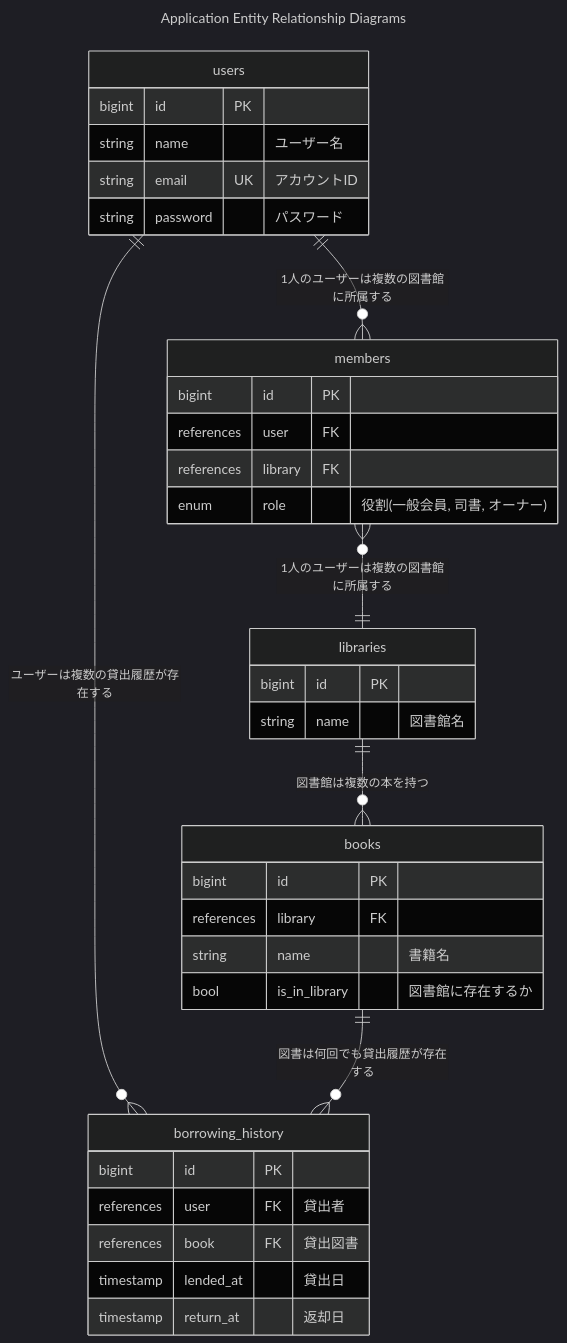
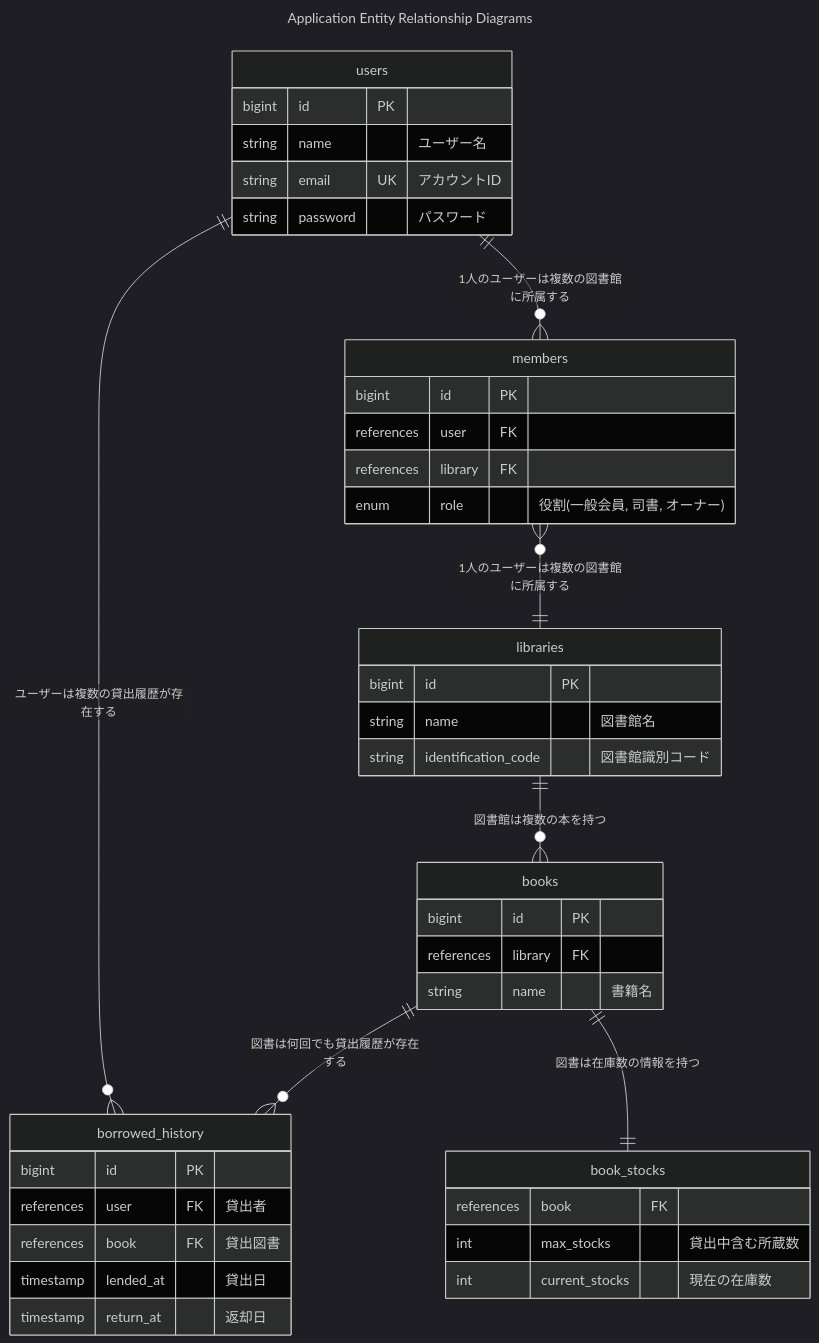
The diagram in .Documents/ER_diagram.md (RyutaKojima/personal-library-app), drawn with Mermaid (dark theme) before and after one commit. The commit also changed 9 other files, not shown here.

````diff
--- a/.Documents/ER_diagram.md
+++ b/.Documents/ER_diagram.md
@@ -3,46 +3,54 @@
 ```mermaid
 ---
 title: Application Entity Relationship Diagrams
 ---
 erDiagram
     users {
         bigint id PK
         string name "ユーザー名"
         string email UK "アカウントID"
         string password "パスワード"
     }
 
     members {
         bigint id PK
         references user FK
         references library FK
         enum role "役割(一般会員, 司書, オーナー)"
     }
 
     libraries {
         bigint id PK
         string name "図書館名"
+        string identification_code "図書館識別コード"
     }
 
     books {
         bigint id PK
         references library FK
         string name "書籍名"
-        bool is_in_library "図書館に存在するか"
     }
 
-    borrowing_history {
+
+    book_stocks {
+        references book FK
+        int max_stocks "貸出中含む所蔵数"
+        int current_stocks "現在の在庫数"
+    }
+
+    borrowed_history {
         bigint id PK
         references user FK "貸出者"
         references book FK "貸出図書"
         timestamp lended_at "貸出日"
         timestamp return_at "返却日"
     }
 
     users ||--o{ members: "1人のユーザーは複数の図書館に所属する"
     members }o--|| libraries: "1人のユーザーは複数の図書館に所属する"
     libraries ||--o{ books: "図書館は複数の本を持つ"
 
-    users ||--o{ borrowing_history: "ユーザーは複数の貸出履歴が存在する"
-    books ||--o{ borrowing_history: "図書は何回でも貸出履歴が存在する"
+    users ||--o{ borrowed_history: "ユーザーは複数の貸出履歴が存在する"
+    books ||--o{ borrowed_history: "図書は何回でも貸出履歴が存在する"
+    books ||--|| book_stocks: "図書は在庫数の情報を持つ"
 ```
````
